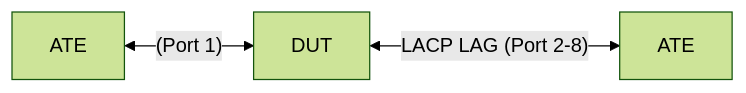
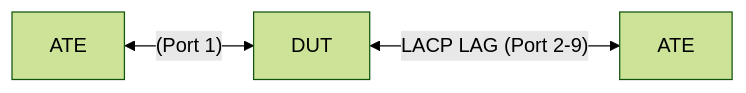
Before and after one commit to openconfig/featureprofiles: the diagram in feature/interface/aggregate/otg_tests/balancing_test/README.md, drawn with Mermaid (forest theme). The commit also changed other lines of this file and 151 other files, not shown here.

````diff
--- a/feature/interface/aggregate/otg_tests/balancing_test/README.md
+++ b/feature/interface/aggregate/otg_tests/balancing_test/README.md
@@ -13,5 +13,5 @@
 ```mermaid
 graph LR;
 A[ATE] <-- (Port 1) --> B[DUT];
-B[DUT] <-- LACP LAG (Port 2-8) --> C[ATE];
+B[DUT] <-- LACP LAG (Port 2-9) --> C[ATE];
 ```
````
